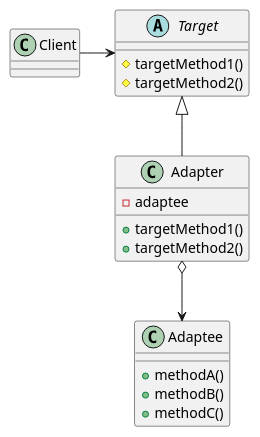
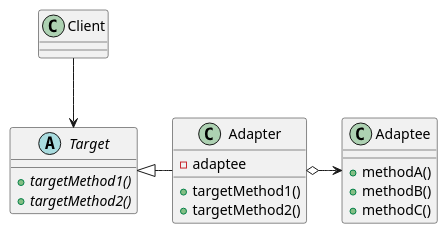
One commit to jsyang-dev/study-designpattern changed the diagram in src/me/study/pattern/adapter/Adapter2.puml. Above: the diagram before and after it, drawn with PlantUML. The commit also changed 7 other files, not shown here.

First line of the commit message:
기능: 클래스 다이어그램 수정

```diff
--- a/src/me/study/pattern/adapter/Adapter2.puml
+++ b/src/me/study/pattern/adapter/Adapter2.puml
@@ -1,24 +1,24 @@
 @startuml
 
 class Client {
 }
 abstract class Target {
-    #targetMethod1()
-    #targetMethod2()
+    +{abstract} targetMethod1()
+    +{abstract} targetMethod2()
 }
 class Adapter {
     -adaptee
     +targetMethod1()
     +targetMethod2()
 }
 class Adaptee {
     +methodA()
     +methodB()
     +methodC()
 }
 
-Client -> Target
-Target <|-- Adapter
-Adapter o--> Adaptee
+Client --> Target
+Target <|- Adapter
+Adapter o-> Adaptee
 
 @enduml
```
